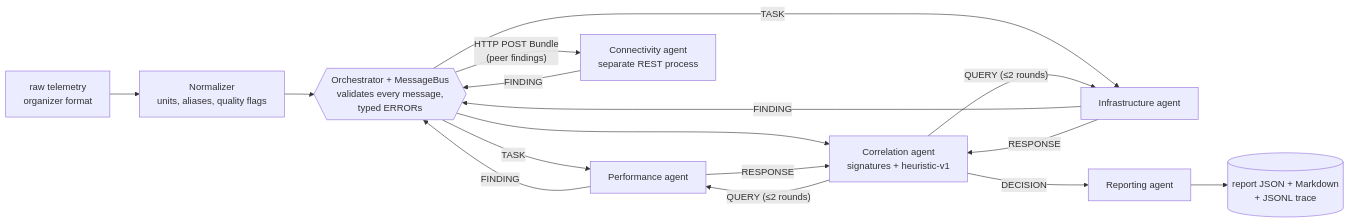
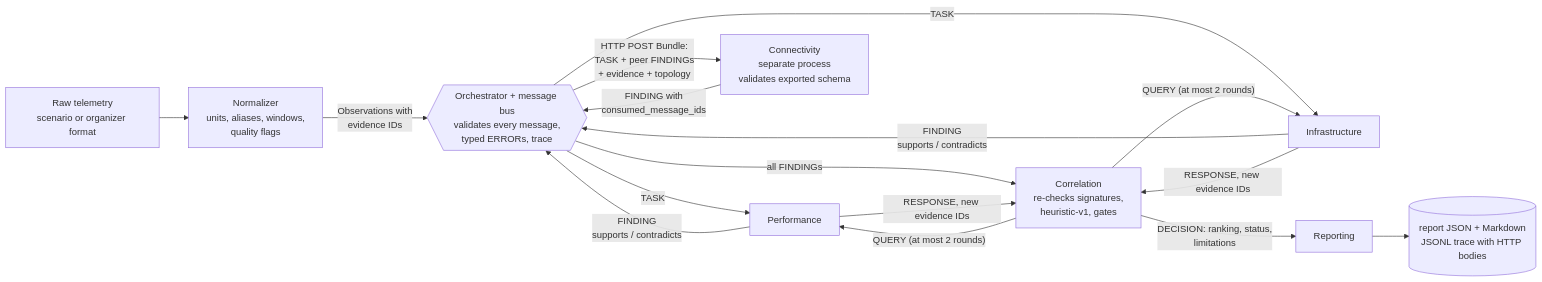
One commit to SayanMajhi/NetCoopAi changed the diagram in README.md. Above: the diagram before and after it, drawn with Mermaid. The commit also changed other lines of this file and 147 other files, not shown here.

````diff
--- a/README.md
+++ b/README.md
@@ -38,16 +36,21 @@
 ```mermaid
 flowchart LR
-  T[raw telemetry<br/>organizer format] --> N[Normalizer<br/>units, aliases, quality flags]
-  N --> O{{Orchestrator + MessageBus<br/>validates every message,<br/>typed ERRORs}}
-  O -- TASK --> P[Performance agent]
-  O -- TASK --> I[Infrastructure agent]
-  P -- FINDING --> O
-  I -- FINDING --> O
-  O -- "HTTP POST Bundle<br/>(peer findings)" --> C[Connectivity agent<br/>separate REST process]
-  C -- FINDING --> O
-  O --> K[Correlation agent<br/>signatures + heuristic-v1]
-  K -- "QUERY (≤2 rounds)" --> P & I
-  P & I -- RESPONSE --> K
-  K -- DECISION --> R[Reporting agent]
-  R --> J[(report JSON + Markdown<br/>+ JSONL trace)]
+  T["Raw telemetry<br/>scenario or organizer format"] --> N["Normalizer<br/>units, aliases, windows,<br/>quality flags"]
+  N -- "Observations with<br/>evidence IDs" --> O{{"Orchestrator + message bus<br/>validates every message,<br/>typed ERRORs, trace"}}
+
+  O -- TASK --> P["Performance"]
+  O -- TASK --> I["Infrastructure"]
+  P -- "FINDING<br/>supports / contradicts" --> O
+  I -- "FINDING<br/>supports / contradicts" --> O
+
+  O -- "HTTP POST Bundle:<br/>TASK + peer FINDINGs<br/>+ evidence + topology" --> C["Connectivity<br/>separate process<br/>validates exported schema"]
+  C -- "FINDING with<br/>consumed_message_ids" --> O
+
+  O -- "all FINDINGs" --> K["Correlation<br/>re-checks signatures,<br/>heuristic-v1, gates"]
+  K -- "QUERY (at most 2 rounds)" --> P
+  K -- "QUERY (at most 2 rounds)" --> I
+  P -- "RESPONSE, new evidence IDs" --> K
+  I -- "RESPONSE, new evidence IDs" --> K
+  K -- "DECISION: ranking, status,<br/>limitations" --> R["Reporting"]
+  R --> J[("report JSON + Markdown<br/>JSONL trace with HTTP bodies")]
 ```
````
